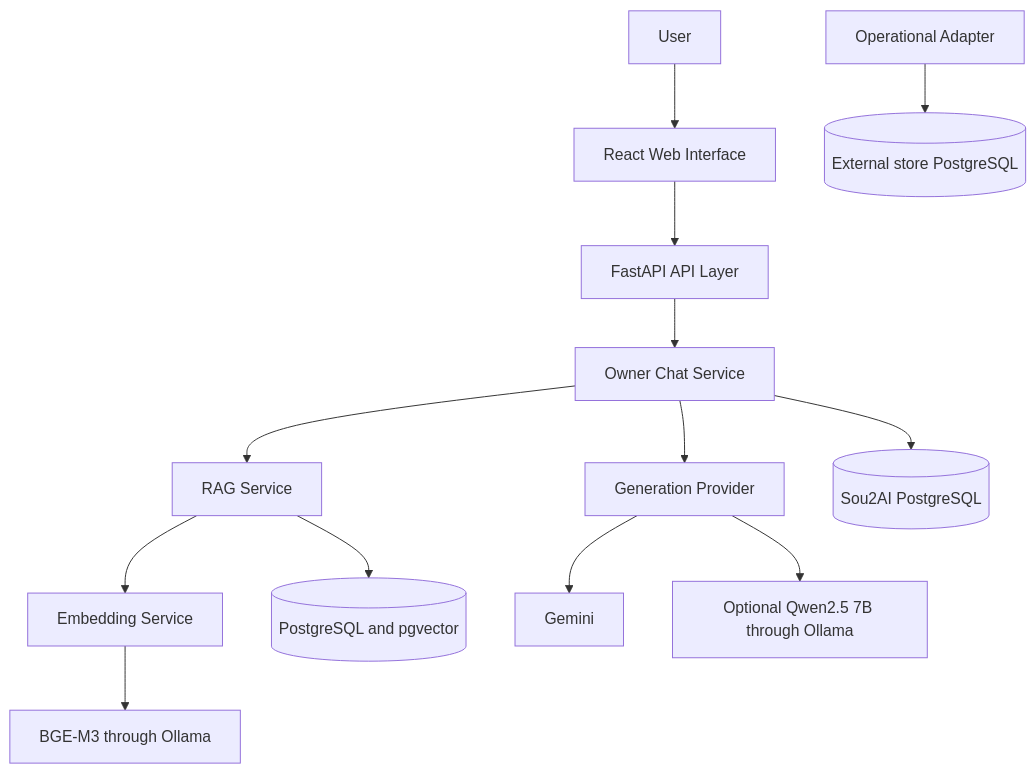
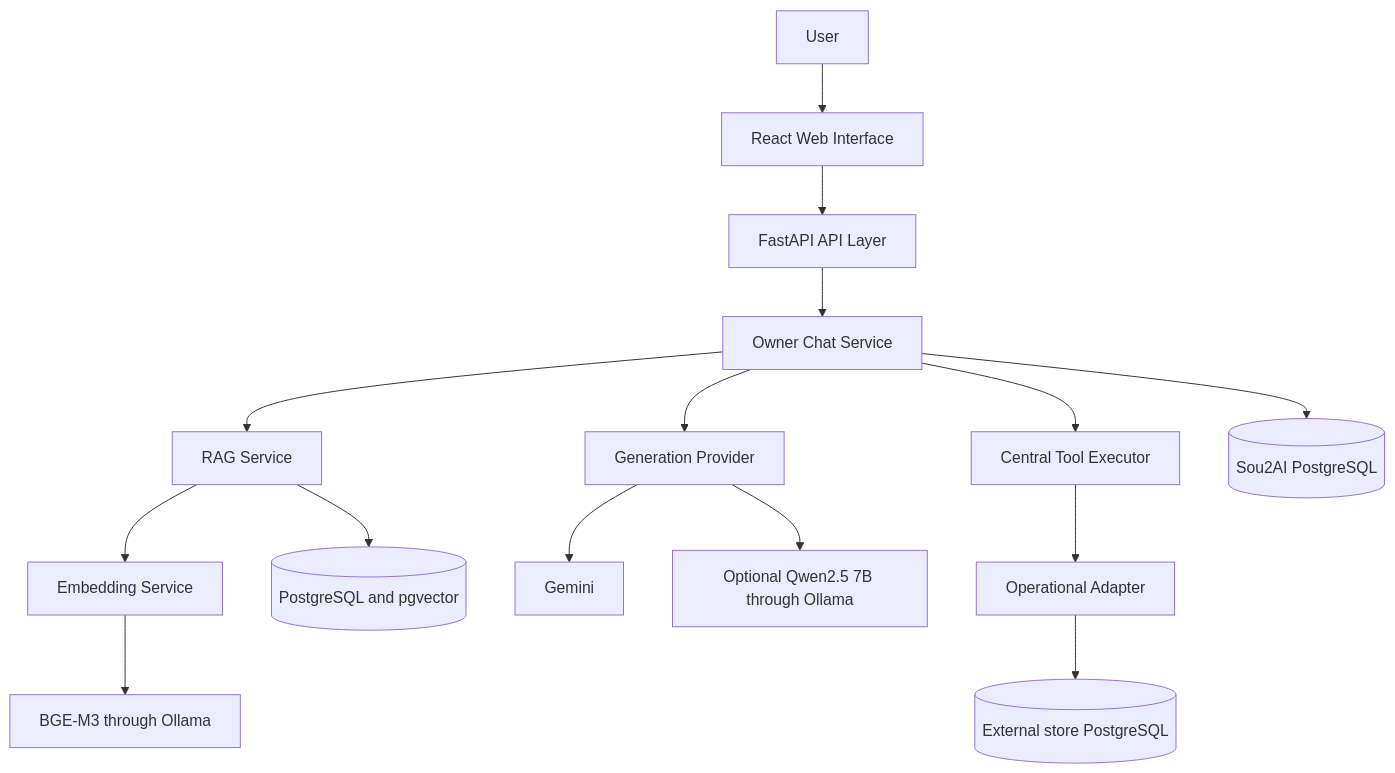
One commit to mohamedwaked05/Sou2-AI changed the first of 5 diagrams in ARCHITECTURE.md. Above: the diagram before and after it, drawn with Mermaid. The commit also changed other lines of this file and 12 other files, not shown here.

````diff
--- a/ARCHITECTURE.md
+++ b/ARCHITECTURE.md
@@ -16,17 +16,19 @@
 ```mermaid
 flowchart TD
     U[User] --> UI[React Web Interface]
     UI --> API[FastAPI API Layer]
 
     API --> CHAT[Owner Chat Service]
     CHAT --> RAG[RAG Service]
     CHAT --> LLM[Generation Provider]
+    CHAT --> EXEC[Central Tool Executor]
+    EXEC --> OI
     CHAT --> DB[(Sou2AI PostgreSQL)]
     RAG --> EMBED[Embedding Service]
     RAG --> VECTOR[(PostgreSQL and pgvector)]
     OI[Operational Adapter] --> STORE[(External store PostgreSQL)]
 
     EMBED --> BGE[BGE-M3 through Ollama]
     LLM --> GEMINI[Gemini]
     LLM --> QWEN[Optional Qwen2.5 7B through Ollama]
 ```
````
